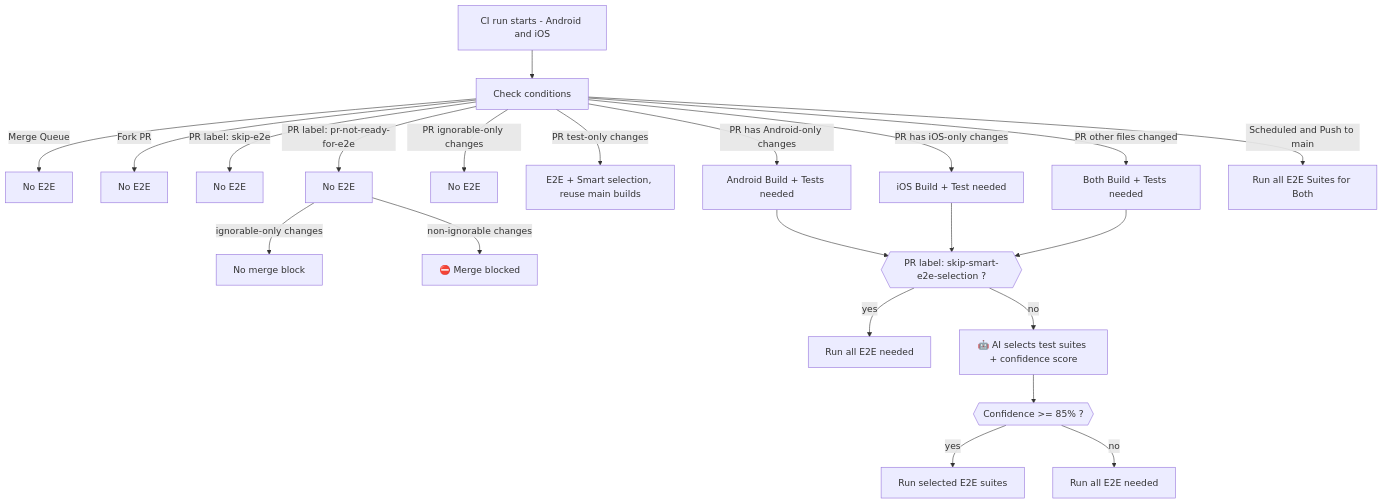
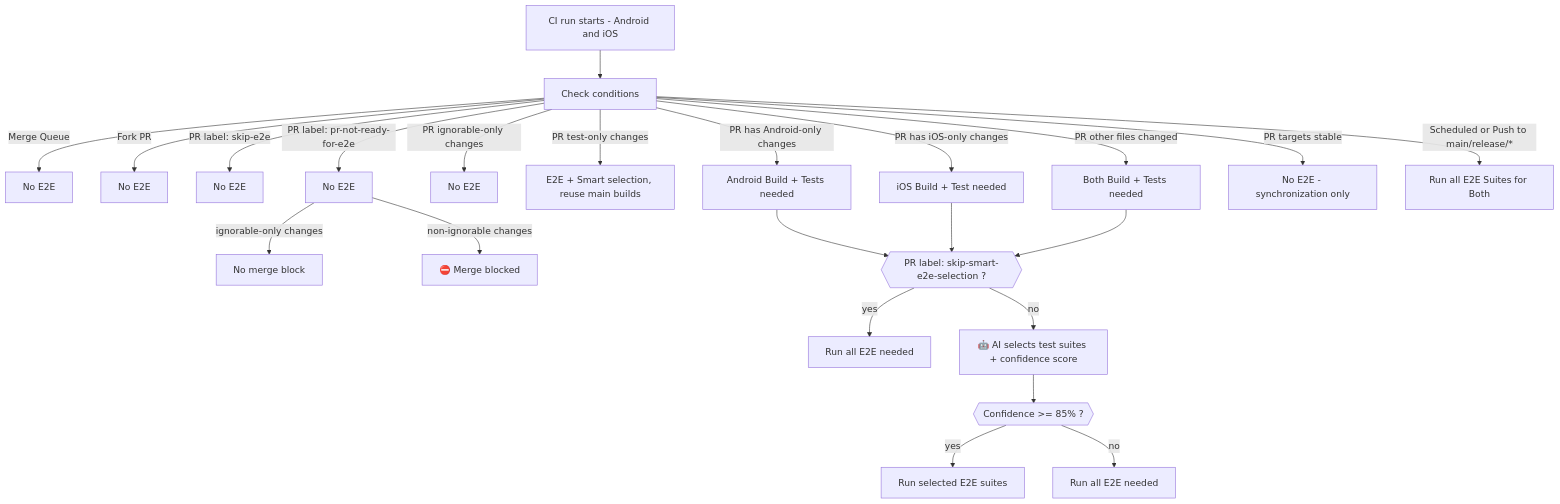
One commit to MetaMask/metamask-mobile changed the diagram in .github/guidelines/E2E_DECISION_TREE.md. Above: the diagram before and after it, drawn with Mermaid. The commit also changed other lines of this file and 7 other files, not shown here.

Commit message:
ci: use smart e2e selector for RC PRs. Run all E2E on push to RC branches

````diff
--- a/.github/guidelines/E2E_DECISION_TREE.md
+++ b/.github/guidelines/E2E_DECISION_TREE.md
@@ -5,23 +5,24 @@
 ```mermaid
 flowchart TD
     CI[CI run starts - Android and iOS] --> GR[Check conditions]
     GR -->|Merge Queue | MQ[No E2E]
     GR -->|Fork PR| FK[No E2E]
     GR -->|PR label: skip-e2e| HS[No E2E]
     GR -->|PR label: pr-not-ready-for-e2e| L2[No E2E]
     L2 -->|ignorable-only changes| NoBlock[No merge block]
     L2 -->|non-ignorable changes| Skip2[⛔️ Merge blocked]
     GR -->|PR ignorable-only changes| Ignorable[No E2E]
     GR -->|PR test-only changes| TestOnly[E2E + Smart selection, reuse main builds]
     GR -->|PR has Android-only changes| Android[Android Build + Tests needed]
     GR -->|PR has iOS-only changes| iOS[iOS Build + Test needed]
     GR -->|PR other files changed| Both[Both Build + Tests needed]
-    GR -->|Scheduled and Push to main | Full[Run all E2E Suites for Both]
+    GR -->|PR targets stable| StableSync[No E2E - synchronization only]
+    GR -->|Scheduled or Push to main/release/*| Full[Run all E2E Suites for Both]
 
     Android & iOS & Both --> LABEL{{PR label: skip-smart-e2e-selection ?}}
     LABEL -->|yes| AllTags[Run all E2E needed]
     LABEL -->|no| AI[🤖 AI selects test suites + confidence score]
     AI --> CONF{{Confidence >= 85% ?}}
     CONF -->|yes| SelectedTags[Run selected E2E suites]
     CONF -->|no| AllTagsFallback[Run all E2E needed]
 ```
````
